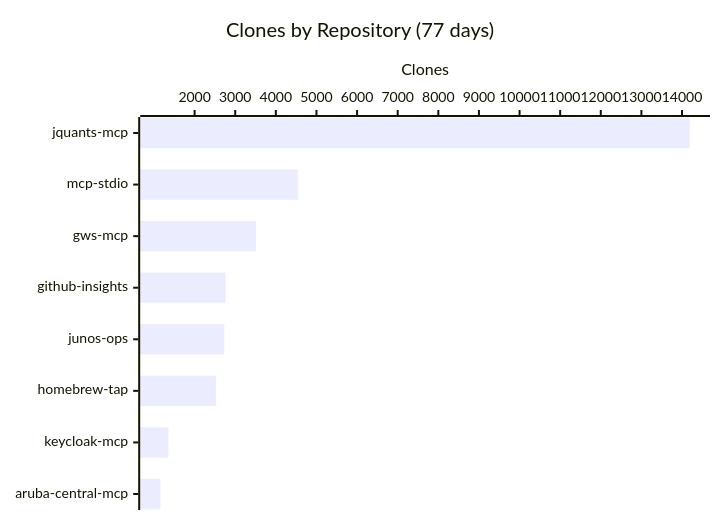
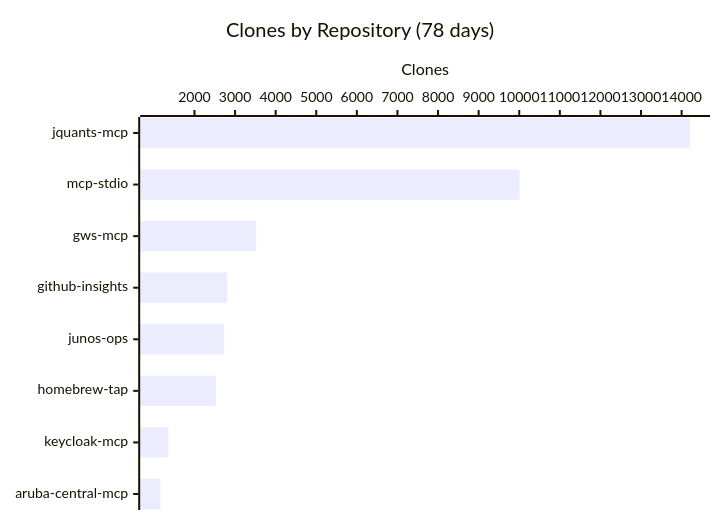
The third of 3 diagrams in README.md (shigechika/github-insights), drawn with Mermaid before and after one commit. The commit also changed other lines of this file and 2 other files, not shown here.

````diff
--- a/README.md
+++ b/README.md
@@ -43,7 +43,7 @@
 ```mermaid
 xychart-beta horizontal
-    title "Clones by Repository (77 days)"
+    title "Clones by Repository (78 days)"
     x-axis ["jquants-mcp", "mcp-stdio", "gws-mcp", "github-insights", "junos-ops", "homebrew-tap", "keycloak-mcp", "aruba-central-mcp"]
     y-axis "Clones"
-    bar [14189, 4547, 3511, 2766, 2732, 2525, 1356, 1160]
+    bar [14199, 10006, 3520, 2805, 2732, 2530, 1356, 1163]
 ```
````
